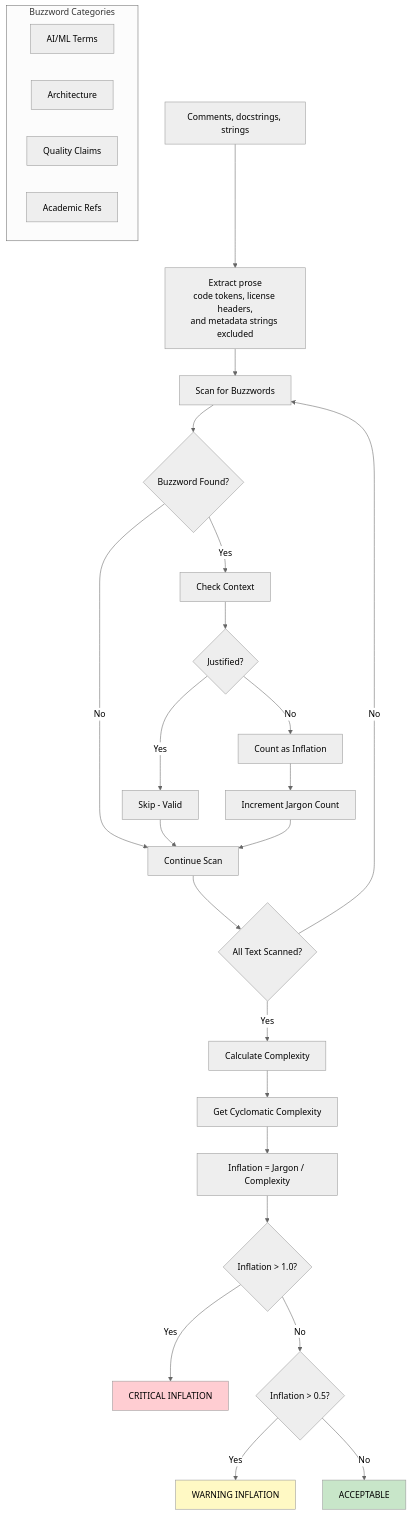
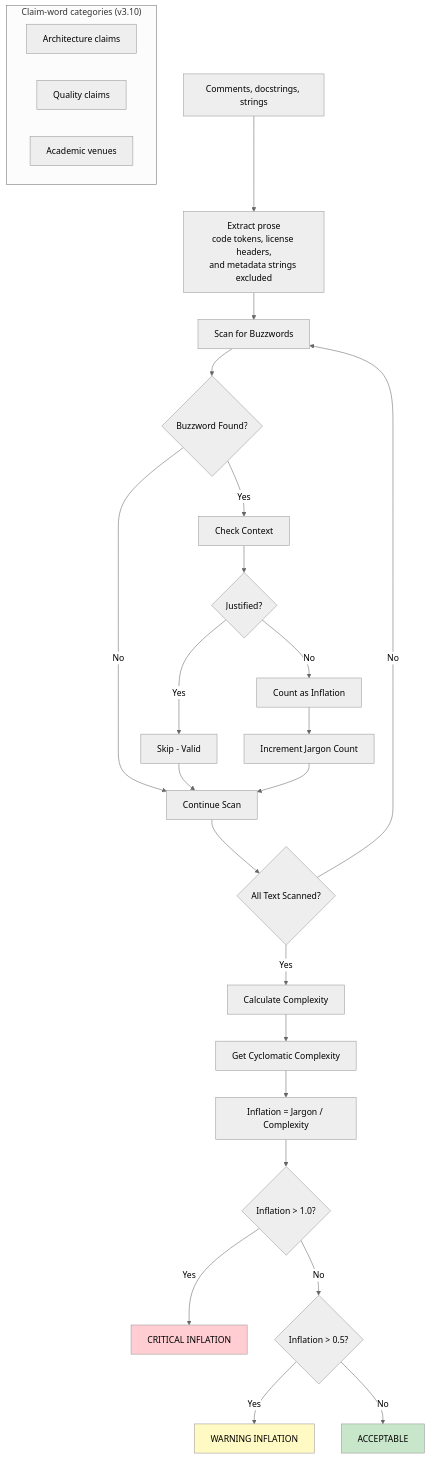
One commit to flamehaven01/AI-SLOP-Detector changed the fourth of 14 diagrams in docs/HOW_IT_WORKS.md. Above: the diagram before and after it, drawn with Mermaid (neutral theme). The commit also changed other lines of this file and 15 other files, not shown here.

````diff
--- a/docs/HOW_IT_WORKS.md
+++ b/docs/HOW_IT_WORKS.md
@@ -157,41 +157,40 @@
 ```mermaid
 flowchart TD
     A[Comments, docstrings, strings] --> B[Extract prose<br/>code tokens, license headers,<br/>and metadata strings excluded]
     B --> C[Scan for Buzzwords]
     
     C --> D{Buzzword Found?}
     D -->|Yes| E[Check Context]
     D -->|No| F[Continue Scan]
     
     E --> G{Justified?}
     G -->|Yes| H[Skip - Valid]
     G -->|No| I[Count as Inflation]
     
     H --> F
     I --> J[Increment Jargon Count]
     J --> F
     
     F --> K{All Text Scanned?}
     K -->|No| C
     K -->|Yes| L[Calculate Complexity]
     
     L --> M[Get Cyclomatic Complexity]
     M --> N[Inflation = Jargon / Complexity]
     
     N --> O{Inflation > 1.0?}
     O -->|Yes| P[CRITICAL INFLATION]
     O -->|No| Q{Inflation > 0.5?}
     Q -->|Yes| R[WARNING INFLATION]
     Q -->|No| S[ACCEPTABLE]
     
     style P fill:#ffcdd2
     style R fill:#fff9c4
     style S fill:#c8e6c9
     
-    subgraph "Buzzword Categories"
-    T1[AI/ML Terms]
-    T2[Architecture]
-    T3[Quality Claims]
-    T4[Academic Refs]
+    subgraph "Claim-word categories (v3.10)"
+    T1[Architecture claims]
+    T2[Quality claims]
+    T3[Academic venues]
     end
 ```
````
